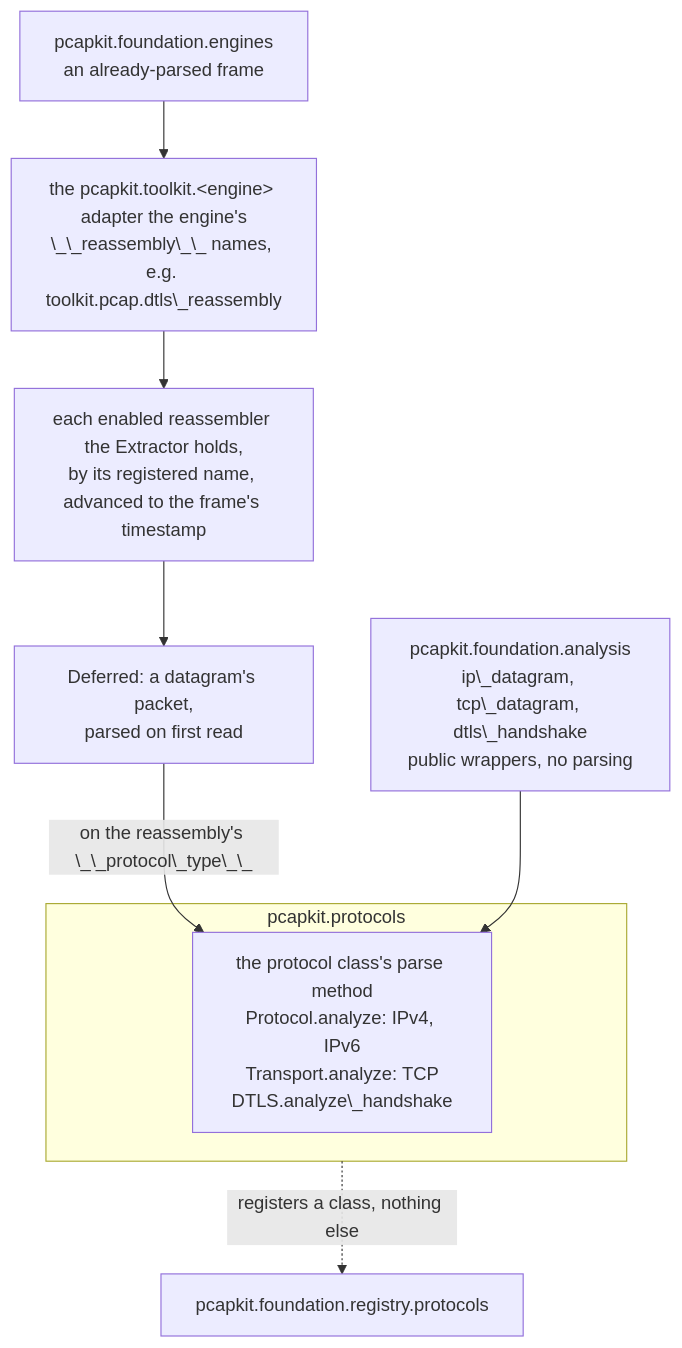
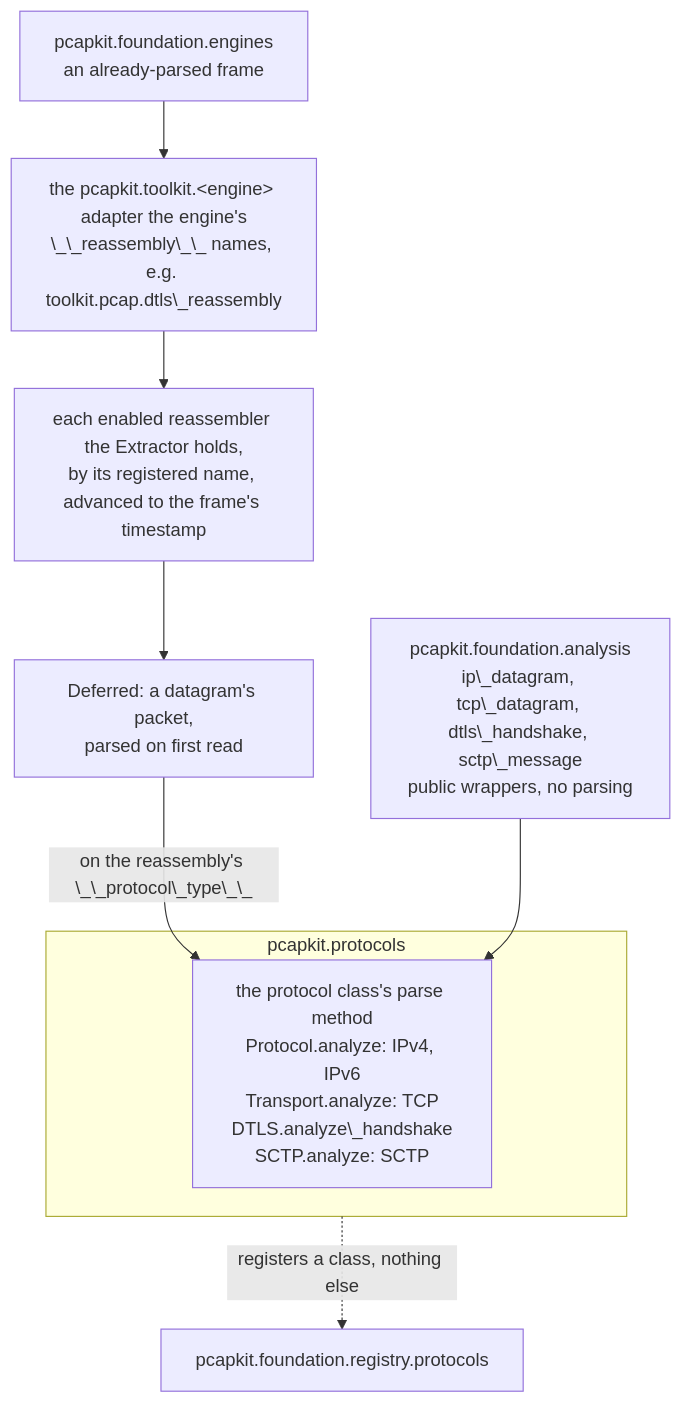
The diagram in docs/source/contributing/conventions/reassembly-integration.rst (JarryShaw/PyPCAPKit), drawn with Mermaid before and after one commit. The commit also changed other lines of this file and 38 other files, not shown here.

First line of the commit message:
feat(foundation): reassemble SCTP user messages (#2935)

```diff
--- a/docs/source/contributing/conventions/reassembly-integration.rst
+++ b/docs/source/contributing/conventions/reassembly-integration.rst
@@ -98,17 +101,17 @@
 .. mermaid::
 
    flowchart TD
        ENG["pcapkit.foundation.engines<br/>an already-parsed frame"]
        TK["the pcapkit.toolkit.&lt;engine&gt; adapter the engine's<br/>\_\_reassembly\_\_ names, e.g. toolkit.pcap.dtls\_reassembly"]
        RE["each enabled reassembler the Extractor holds,<br/>by its registered name, advanced to the frame's timestamp"]
        DEF["Deferred: a datagram's packet,<br/>parsed on first read"]
-       AN["pcapkit.foundation.analysis<br/>ip\_datagram, tcp\_datagram, dtls\_handshake<br/>public wrappers, no parsing"]
+       AN["pcapkit.foundation.analysis<br/>ip\_datagram, tcp\_datagram, dtls\_handshake, sctp\_message<br/>public wrappers, no parsing"]
        subgraph protocols ["pcapkit.protocols"]
-           PM["the protocol class's parse method<br/>Protocol.analyze: IPv4, IPv6<br/>Transport.analyze: TCP<br/>DTLS.analyze\_handshake"]
+           PM["the protocol class's parse method<br/>Protocol.analyze: IPv4, IPv6<br/>Transport.analyze: TCP<br/>DTLS.analyze\_handshake<br/>SCTP.analyze: SCTP"]
        end
        REG["pcapkit.foundation.registry.protocols"]
 
        ENG --> TK --> RE --> DEF
        DEF -->|"on the reassembly's \_\_protocol\_type\_\_"| PM
        AN --> PM
        protocols -.->|"registers a class, nothing else"| REG
```
